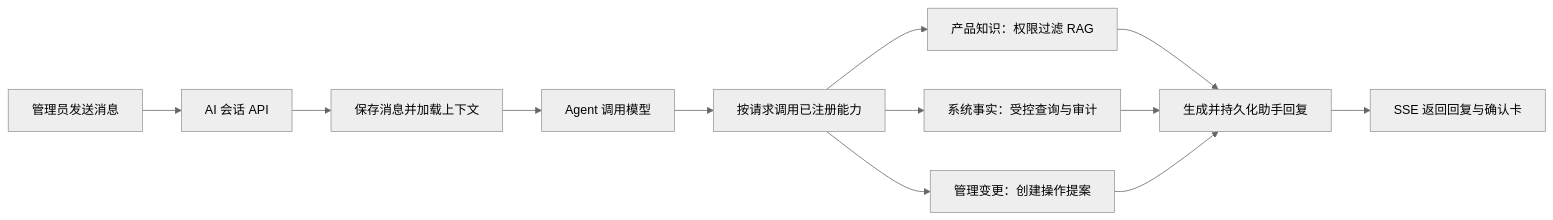
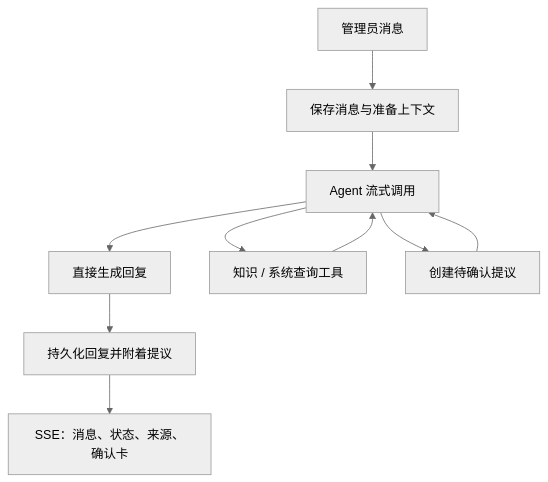
Before and after one commit to OSpoon/api-starter-kit: the first of 2 diagrams in README.md, drawn with Mermaid (neutral theme). The commit also changed other lines of this file, not shown here.

````diff
--- a/README.md
+++ b/README.md
@@ -272,14 +274,12 @@
 ```mermaid
-flowchart LR
-  A["管理员发送消息"] --> B["AI 会话 API"]
-  B --> C["保存消息并加载上下文"]
-  C --> D["Agent 调用模型"]
-  D --> E["按请求调用已注册能力"]
-  E --> F["产品知识：权限过滤 RAG"]
-  E --> G["系统事实：受控查询与审计"]
-  E --> H["管理变更：创建操作提案"]
-  F --> I["生成并持久化助手回复"]
-  G --> I
-  H --> I
-  I --> J["SSE 返回回复与确认卡"]
+flowchart TB
+  A["管理员消息"] --> B["保存消息与准备上下文"]
+  B --> C["Agent 流式调用"]
+  C --> D["直接生成回复"]
+  C --> E["知识 / 系统查询工具"]
+  E --> C
+  C --> F["创建待确认提议"]
+  F --> C
+  D --> G["持久化回复并附着提议"]
+  G --> H["SSE：消息、状态、来源、确认卡"]
 ```
````
